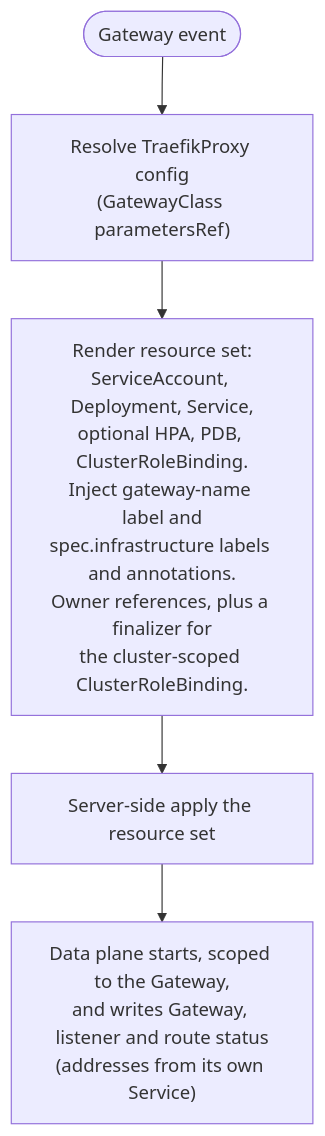
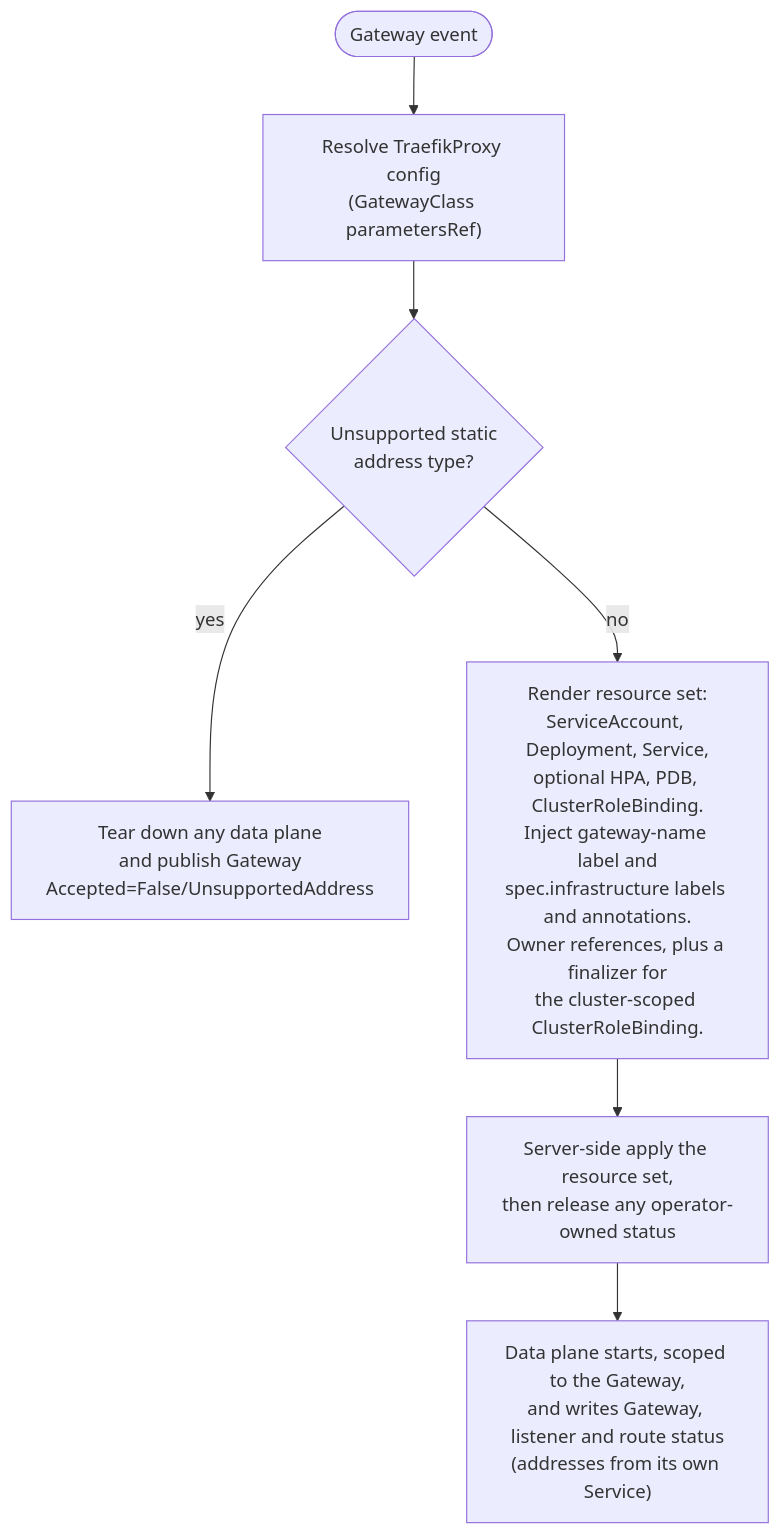
Before and after one commit to traefik/gateway-operator: the second of 2 diagrams in docs/DESIGN.md, drawn with Mermaid. The commit also changed other lines of this file and 7 other files, not shown here.

Commit message:
Handle static addresses status

````diff
--- a/docs/DESIGN.md
+++ b/docs/DESIGN.md
@@ -229,7 +249,9 @@
 ```mermaid
 flowchart TD
     ev(["Gateway event"]) --> resolve["Resolve TraefikProxy config<br/>(GatewayClass parametersRef)"]
-    resolve --> render["Render resource set:<br/>ServiceAccount, Deployment, Service,<br/>optional HPA, PDB, ClusterRoleBinding.<br/>Inject gateway-name label and<br/>spec.infrastructure labels and annotations.<br/>Owner references, plus a finalizer for<br/>the cluster-scoped ClusterRoleBinding."]
-    render --> apply["Server-side apply the resource set"]
+    resolve --> reject{"Unsupported static<br/>address type?"}
+    reject -- yes --> teardown["Tear down any data plane<br/>and publish Gateway<br/>Accepted=False/UnsupportedAddress"]
+    reject -- no --> render["Render resource set:<br/>ServiceAccount, Deployment, Service,<br/>optional HPA, PDB, ClusterRoleBinding.<br/>Inject gateway-name label and<br/>spec.infrastructure labels and annotations.<br/>Owner references, plus a finalizer for<br/>the cluster-scoped ClusterRoleBinding."]
+    render --> apply["Server-side apply the resource set,<br/>then release any operator-owned status"]
     apply --> dpstatus["Data plane starts, scoped to the Gateway,<br/>and writes Gateway, listener and route status<br/>(addresses from its own Service)"]
 ```
````
